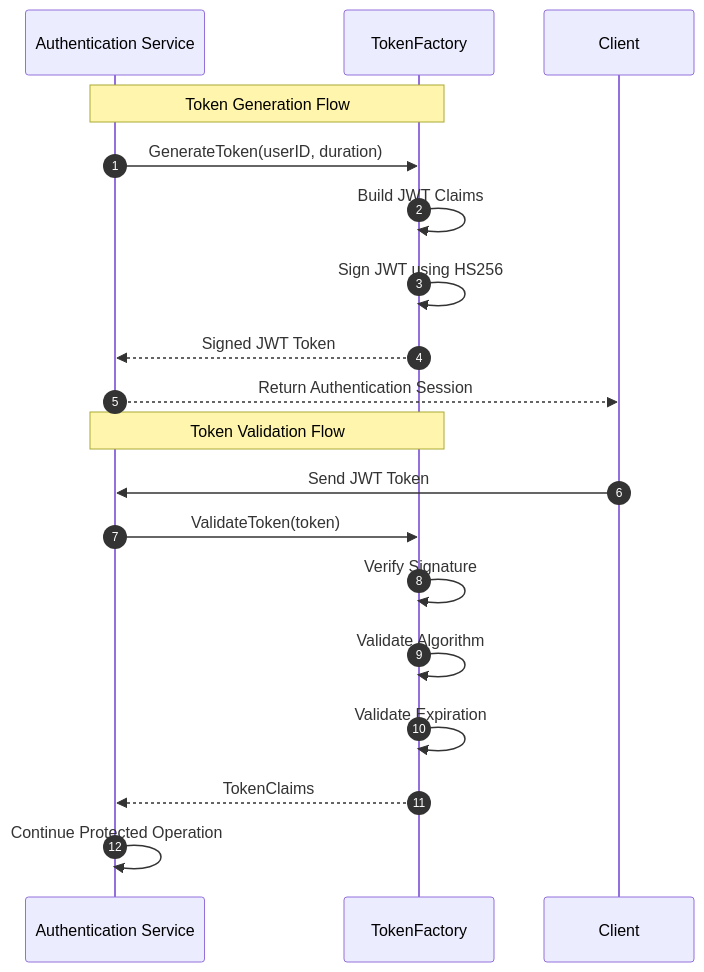
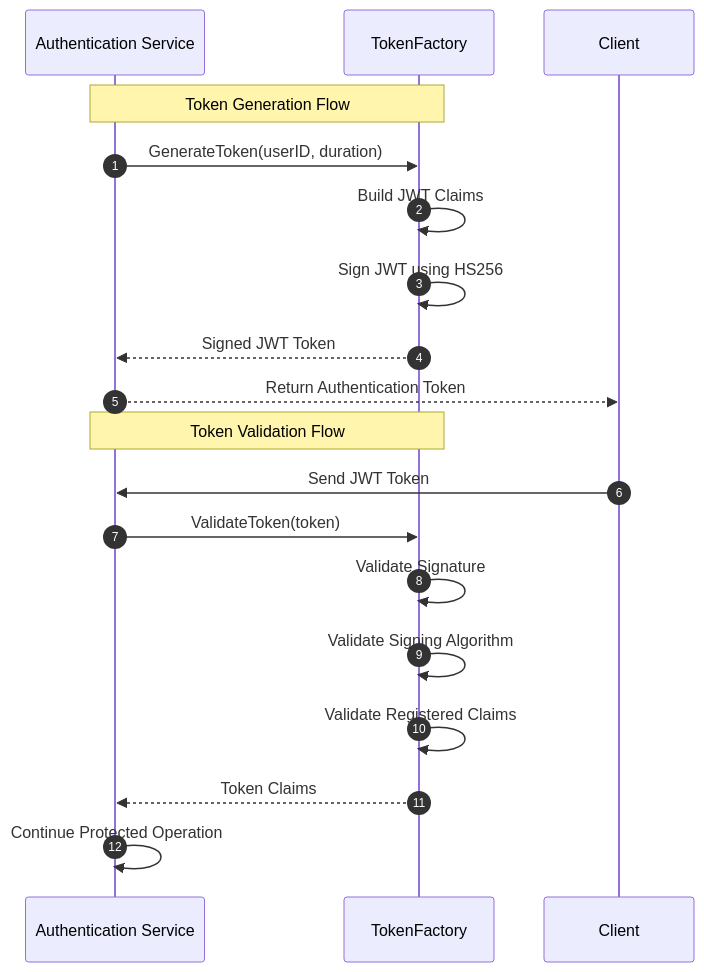
The diagram in docs/Core/Security/TokenFactory.md (Ismael-Romero/cakelet-api), drawn with Mermaid before and after one commit. The commit also changed other lines of this file, not shown here.

Commit message:
doc: align TokenFactory documentation with implementation

````diff
--- a/docs/Core/Security/TokenFactory.md
+++ b/docs/Core/Security/TokenFactory.md
@@ -290,34 +318,34 @@
 ```mermaid
 sequenceDiagram
     autonumber
 
     participant Auth as Authentication Service
     participant Factory as TokenFactory
     participant Client
 
     Note over Auth,Factory: Token Generation Flow
 
     Auth->>Factory: GenerateToken(userID, duration)
 
     Factory->>Factory: Build JWT Claims
     Factory->>Factory: Sign JWT using HS256
 
     Factory-->>Auth: Signed JWT Token
 
-    Auth-->>Client: Return Authentication Session
+    Auth-->>Client: Return Authentication Token
 
 
     Note over Auth,Factory: Token Validation Flow
 
     Client->>Auth: Send JWT Token
 
     Auth->>Factory: ValidateToken(token)
 
-    Factory->>Factory: Verify Signature
-    Factory->>Factory: Validate Algorithm
-    Factory->>Factory: Validate Expiration
+    Factory->>Factory: Validate Signature
+    Factory->>Factory: Validate Signing Algorithm
+    Factory->>Factory: Validate Registered Claims
 
-    Factory-->>Auth: TokenClaims
+    Factory-->>Auth: Token Claims
 
     Auth->>Auth: Continue Protected Operation
 ```
````
